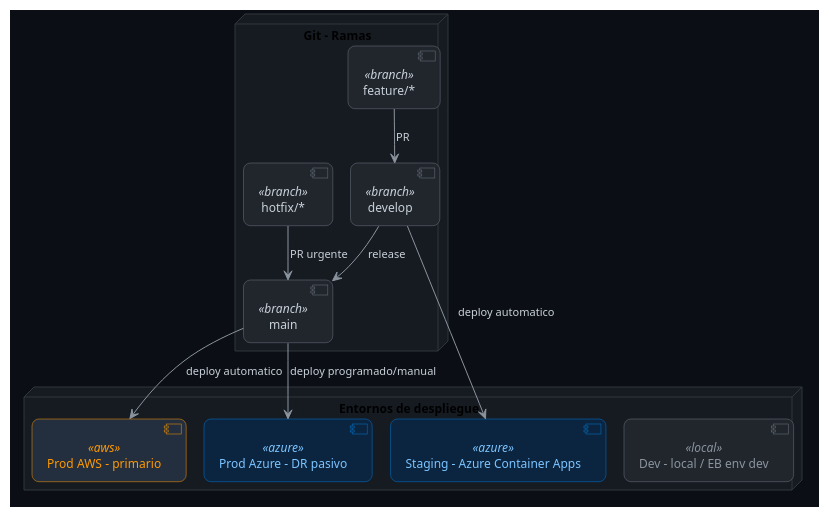
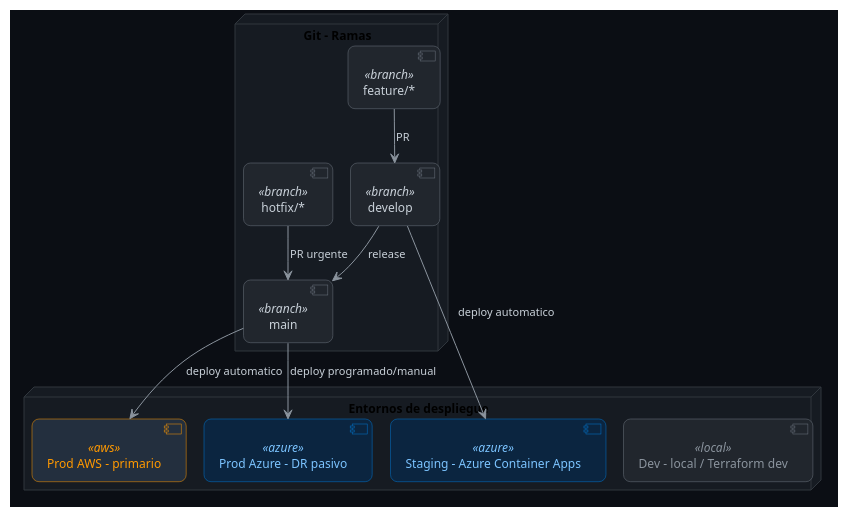
Before and after one commit to Aisaac123/KeyNography-: the seventh of 11 diagrams in docs/despliegue-multicloud.md, drawn with PlantUML. The commit also changed other lines of this file and 4 other files, not shown here.

````diff
--- a/docs/despliegue-multicloud.md
+++ b/docs/despliegue-multicloud.md
@@ -696,64 +701,64 @@
 ```plantuml
 @startuml Estrategia de Ramas y Entornos
 !pragma layout smetana
 skinparam backgroundColor #0B0E14
 skinparam shadowing false
 skinparam defaultFontName "Segoe UI"
 skinparam defaultFontSize 12
 skinparam roundcorner 14
 skinparam nodesep 45
 skinparam ranksep 60
 skinparam ArrowColor #8B949E
 skinparam ArrowFontColor #C9D1D9
 skinparam ArrowFontSize 11
 skinparam node {
   BackgroundColor #161B22
   BorderColor #30363D
 }
 skinparam component {
   BackgroundColor #21262D
   BorderColor #58A6FF
   FontColor #C9D1D9
 }
 skinparam component<<branch>> {
   BackgroundColor #21262D
   BorderColor #6E7681
   FontColor #C9D1D9
 }
 skinparam component<<aws>> {
   BackgroundColor #232F3E
   BorderColor #FF9900
   FontColor #FF9900
 }
 skinparam component<<azure>> {
   BackgroundColor #0B2540
   BorderColor #0078D4
   FontColor #7CC4FF
 }
 skinparam component<<local>> {
   BackgroundColor #21262D
   BorderColor #6E7681
   FontColor #8B949E
 }
 
 node "Git - Ramas" {
   component "feature/*" as f <<branch>>
   component "develop" as d <<branch>>
   component "main" as m <<branch>>
   component "hotfix/*" as h <<branch>>
 }
 node "Entornos de despliegue" {
-  component "Dev - local / EB env dev" as ed <<local>>
+  component "Dev - local / Terraform dev" as ed <<local>>
   component "Staging - Azure Container Apps" as es <<azure>>
   component "Prod AWS - primario" as ep <<aws>>
   component "Prod Azure - DR pasivo" as edr <<azure>>
 }
 
 f --> d : PR
 d --> m : release
 h --> m : PR urgente
 m --> ep : deploy automatico
 d --> es : deploy automatico
 m --> edr : deploy programado/manual
 @enduml
 ```
````
